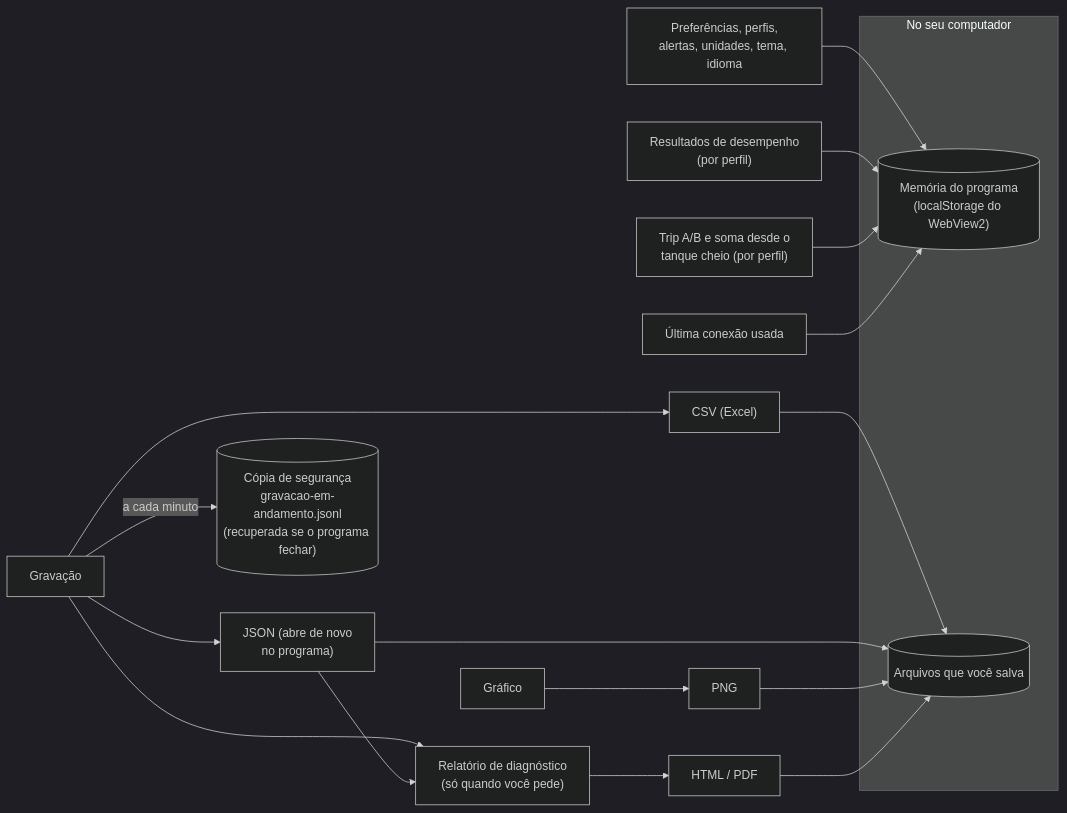
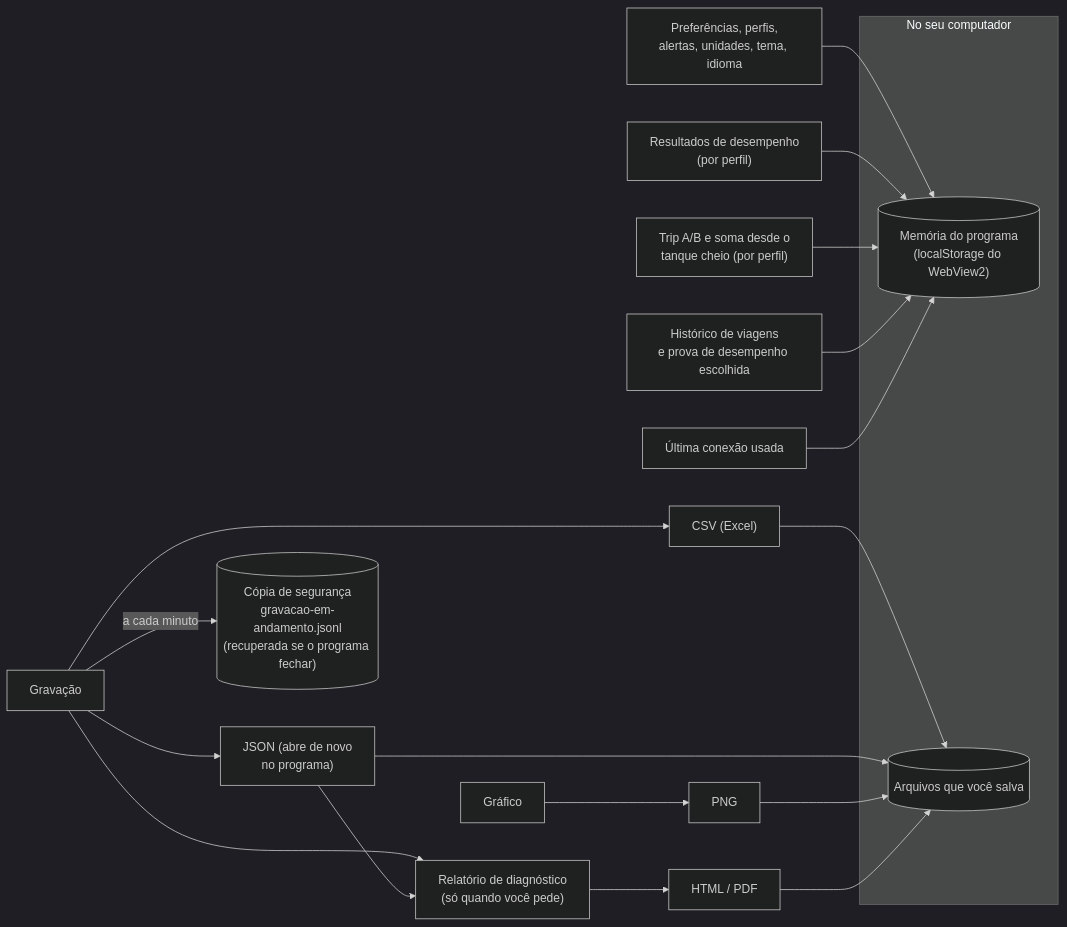
One commit to samuvieceli/obd2-scanner changed diagram 13 of 16 in docs/DIAGRAMAS.md. Above: the diagram before and after it, drawn with Mermaid (dark theme). The commit also changed other lines of this file and 5 other files, not shown here.

````diff
--- a/docs/DIAGRAMAS.md
+++ b/docs/DIAGRAMAS.md
@@ -344,18 +368,19 @@
 ```mermaid
 flowchart LR
     subgraph pc["No seu computador"]
         ls[("Memória do programa<br/>(localStorage do WebView2)")]
         files[("Arquivos que você salva")]
     end
     prefs["Preferências, perfis,<br/>alertas, unidades, tema, idioma"] --> ls
     perfres["Resultados de desempenho<br/>(por perfil)"] --> ls
     fillsum["Trip A/B e soma desde o<br/>tanque cheio (por perfil)"] --> ls
+    drv["Histórico de viagens<br/>e prova de desempenho escolhida"] --> ls
     conn["Última conexão usada"] --> ls
     rec["Gravação"] --> csv["CSV (Excel)"] & json["JSON (abre de novo<br/>no programa)"]
     rec -- "a cada minuto" --> backup[("Cópia de segurança<br/>gravacao-em-andamento.jsonl<br/>(recuperada se o programa fechar)")]
     chart["Gráfico"] --> png["PNG"]
     rec --> report["Relatório de diagnóstico<br/>(só quando você pede)"]
     json --> report
     report --> html["HTML / PDF"]
     csv & json & png & html --> files
 ```
````
